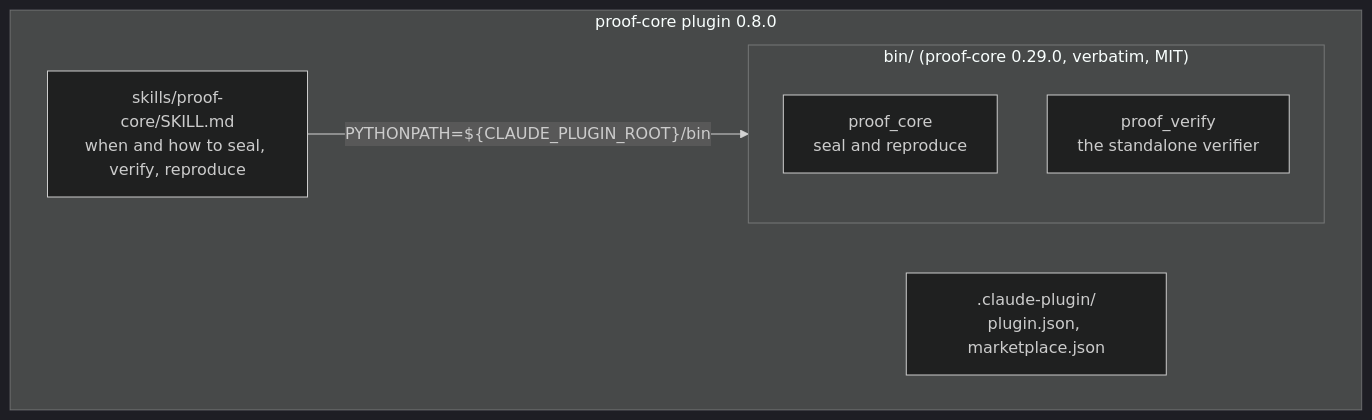
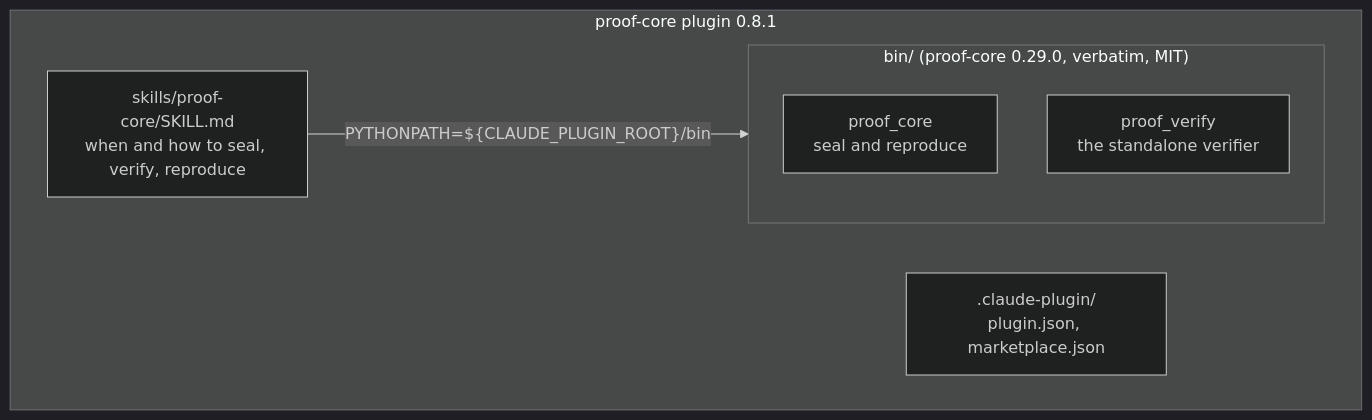
The second of 3 diagrams in README.md (SMRFORGE/proof-core), drawn with Mermaid (dark theme) before and after one commit. The commit also changed other lines of this file and 3 other files, not shown here.

First line of the commit message:
chore: plugin icon is the current proof-core mark (0.8.1)

````diff
--- a/README.md
+++ b/README.md
@@ -90,12 +90,12 @@
 ```mermaid
 flowchart TB
-    subgraph plugin["proof-core plugin 0.8.0"]
+    subgraph plugin["proof-core plugin 0.8.1"]
         MAN[".claude-plugin/<br/>plugin.json, marketplace.json"]
         SKILL["skills/proof-core/SKILL.md<br/>when and how to seal, verify, reproduce"]
         subgraph bin["bin/ (proof-core 0.29.0, verbatim, MIT)"]
             PC["proof_core<br/>seal and reproduce"]
             PV["proof_verify<br/>the standalone verifier"]
         end
     end
     SKILL -->|"PYTHONPATH=${CLAUDE_PLUGIN_ROOT}/bin"| bin
 ```
````
